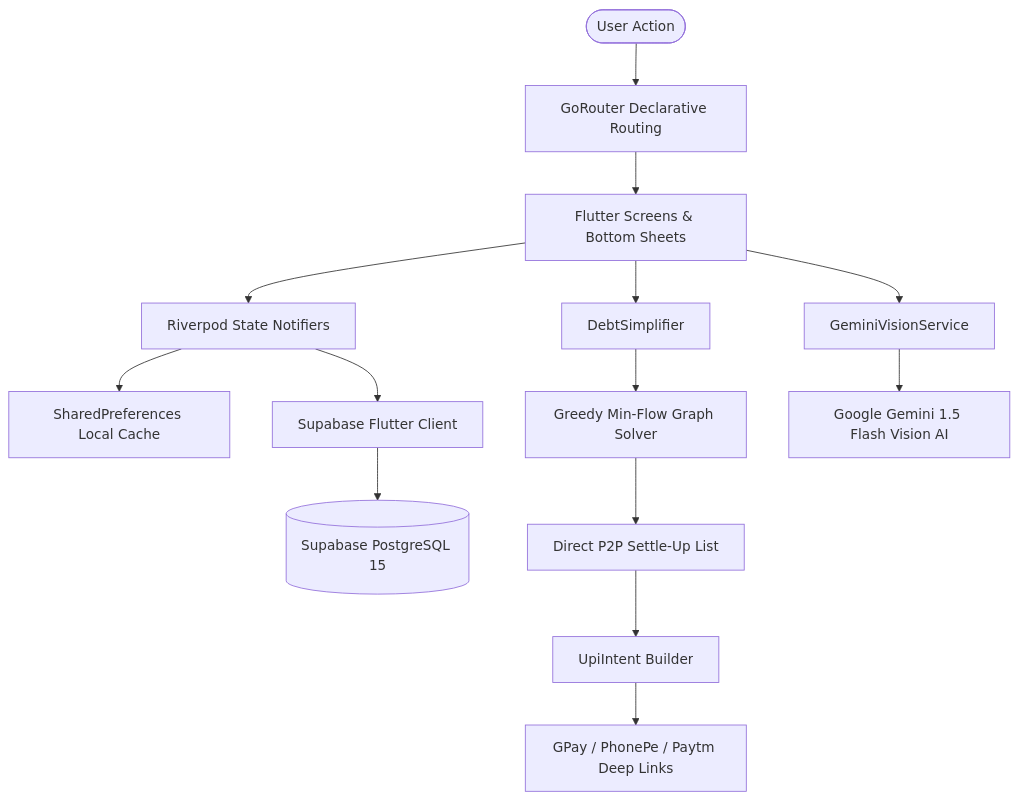
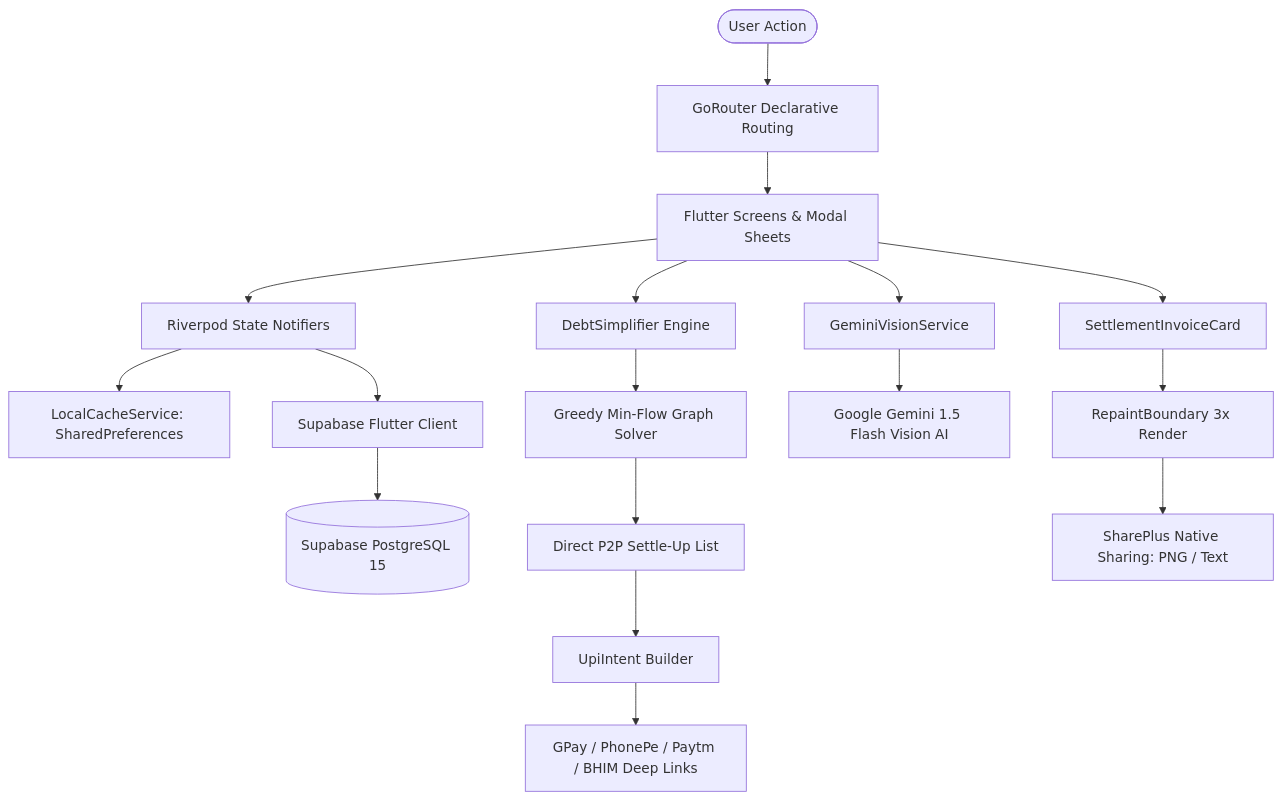
The diagram in README.md (lk-03/FairShare), drawn with Mermaid before and after one commit. The commit also changed other lines of this file, not shown here.

Commit message:
docs: update README.md with Quick Groups, 177 tests, and architecture guide (version update)

````diff
--- a/README.md
+++ b/README.md
@@ -84,18 +90,23 @@
 ```mermaid
 graph TD
     User([User Action]) --> AppRouter[GoRouter Declarative Routing]
-    AppRouter --> Screens[Flutter Screens & Bottom Sheets]
+    AppRouter --> Screens[Flutter Screens & Modal Sheets]
     Screens --> Riverpod[Riverpod State Notifiers]
-    Riverpod --> LocalCache[SharedPreferences Local Cache]
+    
+    Riverpod --> LocalCache[LocalCacheService: SharedPreferences]
     Riverpod --> SupabaseClient[Supabase Flutter Client]
     SupabaseClient --> SupabaseDB[(Supabase PostgreSQL 15)]
     
-    Screens --> DebtEngine[DebtSimplifier]
+    Screens --> DebtEngine[DebtSimplifier Engine]
     DebtEngine --> MinFlow[Greedy Min-Flow Graph Solver]
     MinFlow --> DirectDebts[Direct P2P Settle-Up List]
     DirectDebts --> UPI[UpiIntent Builder]
-    UPI --> NativeApps[GPay / PhonePe / Paytm Deep Links]
+    UPI --> NativeApps[GPay / PhonePe / Paytm / BHIM Deep Links]
     
-    Screens --> AIModule[GeminiVisionService]
-    AIModule --> Gemini[Google Gemini 1.5 Flash Vision AI]
+    Screens --> OCRService[GeminiVisionService]
+    OCRService --> Gemini[Google Gemini 1.5 Flash Vision AI]
+    
+    Screens --> Invoice[SettlementInvoiceCard]
+    Invoice --> RepaintBoundary[RepaintBoundary 3x Render]
+    RepaintBoundary --> SharePlus[SharePlus Native Sharing: PNG / Text]
 ```
````
